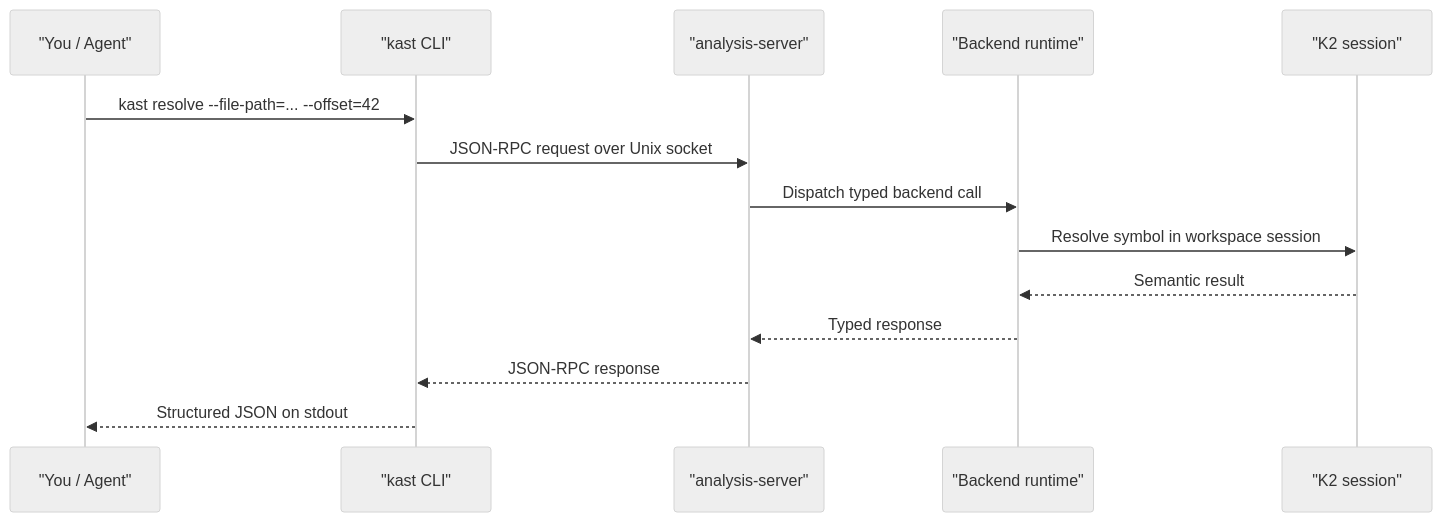
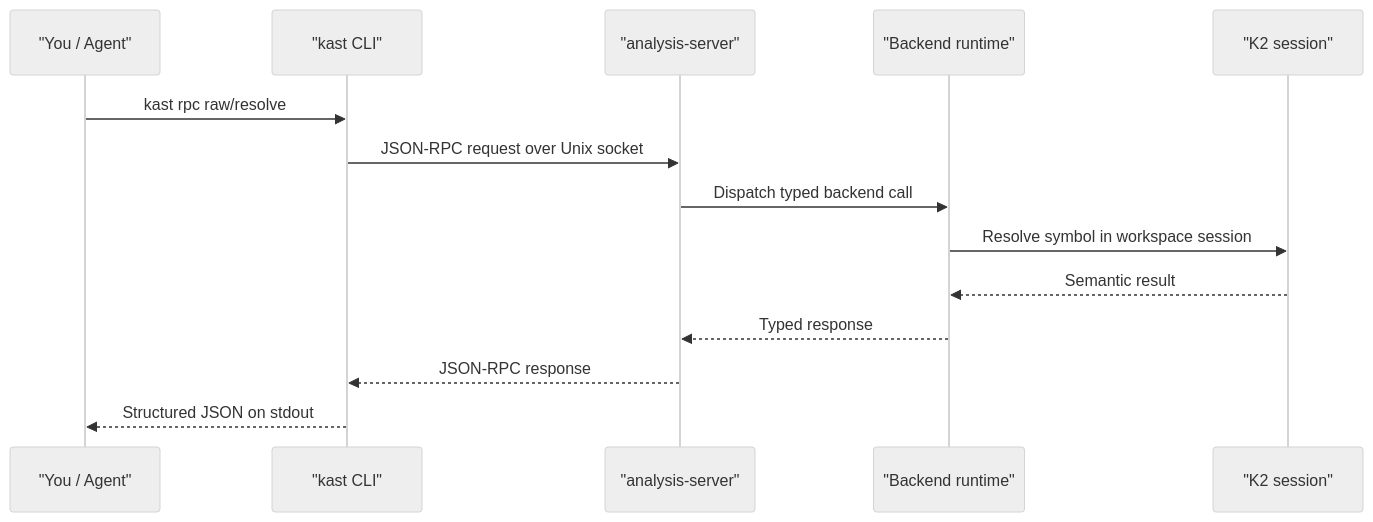
The second of 3 diagrams in docs/architecture/how-it-works.md (amichne/kast), drawn with Mermaid (neutral theme) before and after one commit. The commit also changed other lines of this file and 32 other files, not shown here.

````diff
--- a/docs/architecture/how-it-works.md
+++ b/docs/architecture/how-it-works.md
@@ -100,17 +100,17 @@
 ```mermaid
 sequenceDiagram
     participant User as "You / Agent"
     participant CLI as "kast CLI"
     participant Server as "analysis-server"
     participant Backend as "Backend runtime"
     participant K2 as "K2 session"
 
-    User->>CLI: kast resolve --file-path=... --offset=42
+    User->>CLI: kast rpc raw/resolve
     CLI->>Server: JSON-RPC request over Unix socket
     Server->>Backend: Dispatch typed backend call
     Backend->>K2: Resolve symbol in workspace session
     K2-->>Backend: Semantic result
     Backend-->>Server: Typed response
     Server-->>CLI: JSON-RPC response
     CLI-->>User: Structured JSON on stdout
 ```
````
